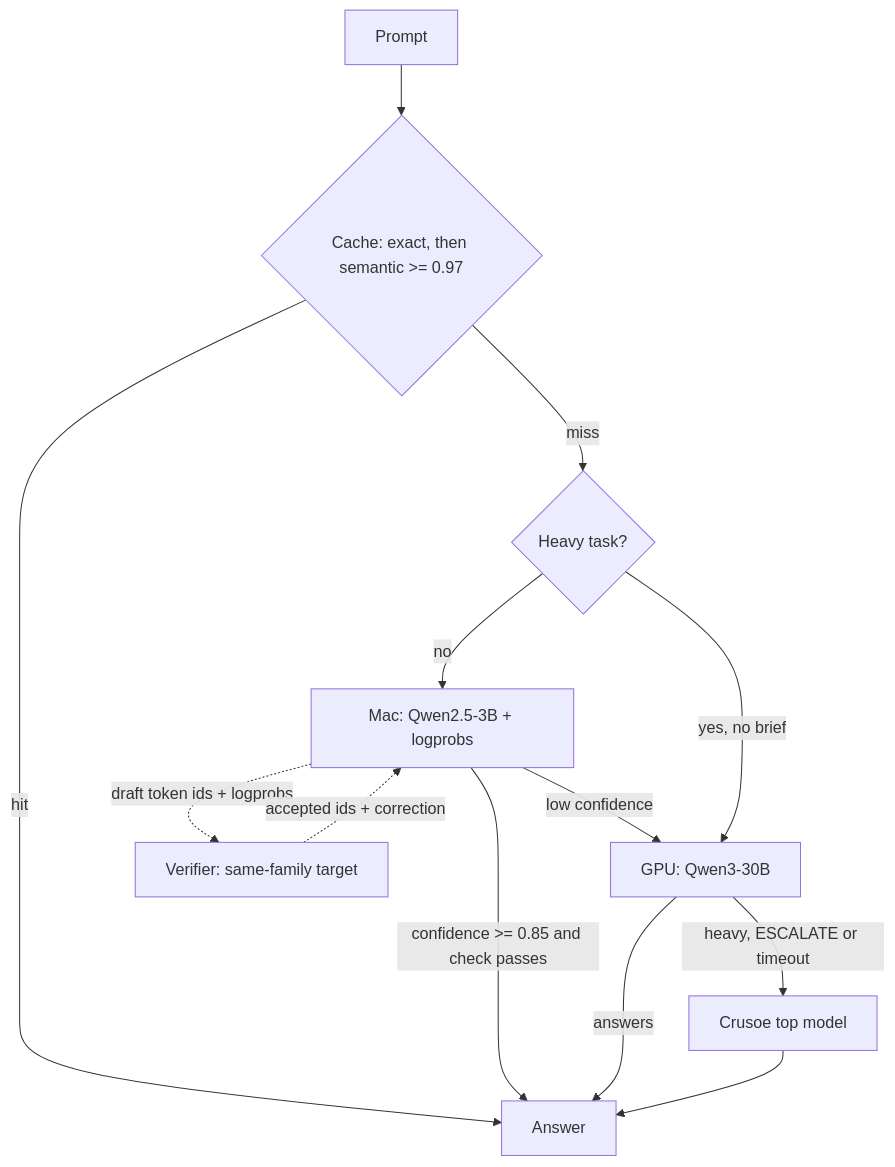
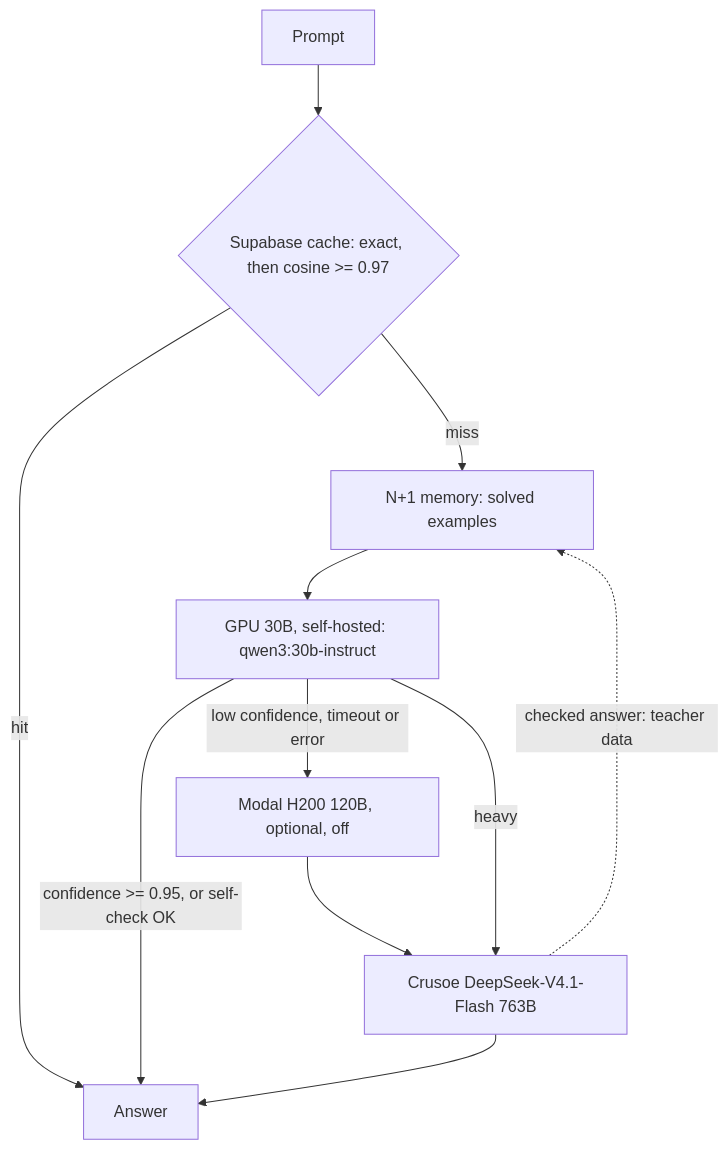
The diagram in README.md (manvendersingh21/tremor-core), drawn with Mermaid before and after one commit. The commit also changed other lines of this file and 7 other files, not shown here.

Commit message:
text: product ladder is Supabase cache -> GPU 30B -> (H200 120B) -> Crusoe 763B, 3B is an experiment; N+1 memory; Modal H200 gpt-oss-120b results in README, architecture, posters, steering; one web page

````diff
--- a/README.md
+++ b/README.md
@@ -9,15 +9,13 @@
 ```mermaid
 flowchart TD
-    Q[Prompt] --> C{Cache: exact, then semantic >= 0.97}
+    Q[Prompt] --> C{Supabase cache: exact, then cosine >= 0.97}
     C -- hit --> A[Answer]
-    C -- miss --> H{Heavy task?}
-    H -- no --> L[Mac: Qwen2.5-3B + logprobs]
-    L -- confidence >= 0.85 and check passes --> A
-    L -- low confidence --> G[GPU: Qwen3-30B]
-    H -- yes, no brief --> G
-    G -- answers --> A
-    G -- heavy, ESCALATE or timeout --> T[Crusoe top model]
+    C -- miss --> M[N+1 memory: solved examples]
+    M --> G[GPU 30B, self-hosted: qwen3:30b-instruct]
+    G -- confidence >= 0.95, or self-check OK --> A
+    G -- low confidence, timeout or error --> H[Modal H200 120B, optional, off]
+    H --> T[Crusoe DeepSeek-V4.1-Flash 763B]
+    G -- heavy --> T
     T --> A
-    L -. draft token ids + logprobs .-> V[Verifier: same-family target]
-    V -. accepted ids + correction .-> L
+    T -. checked answer: teacher data .-> M
 ```
````
